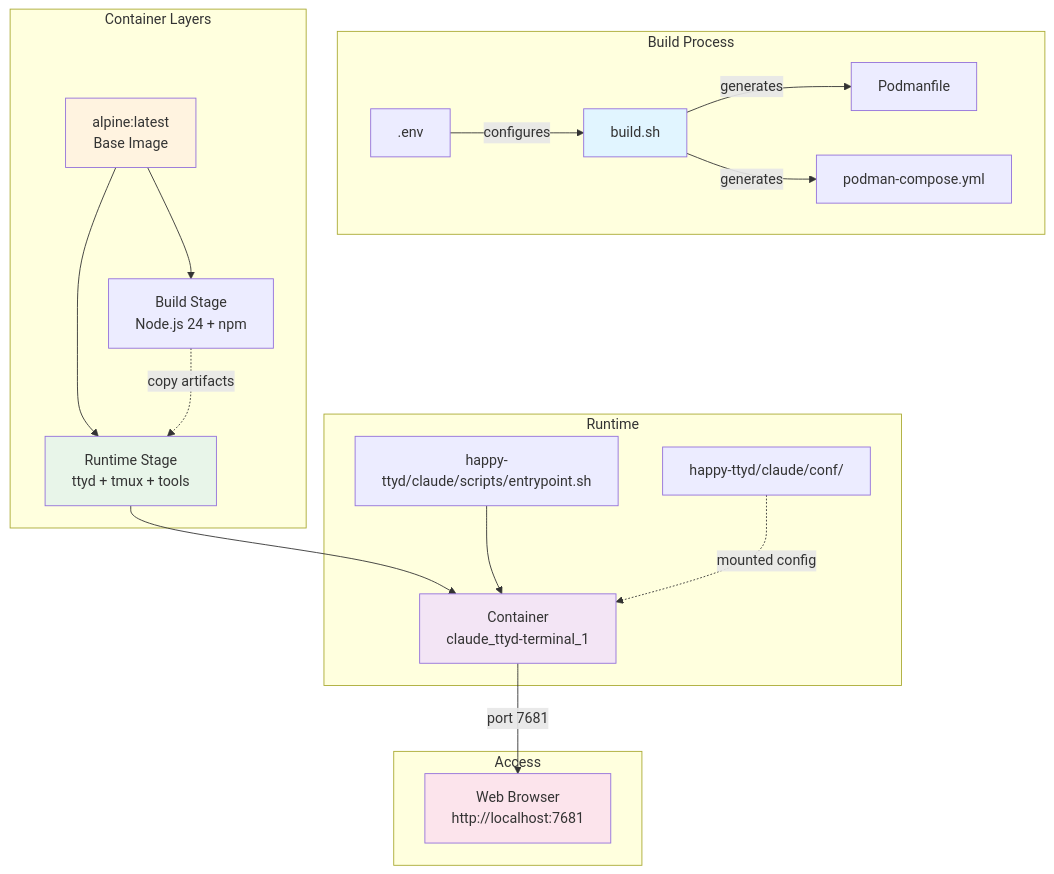
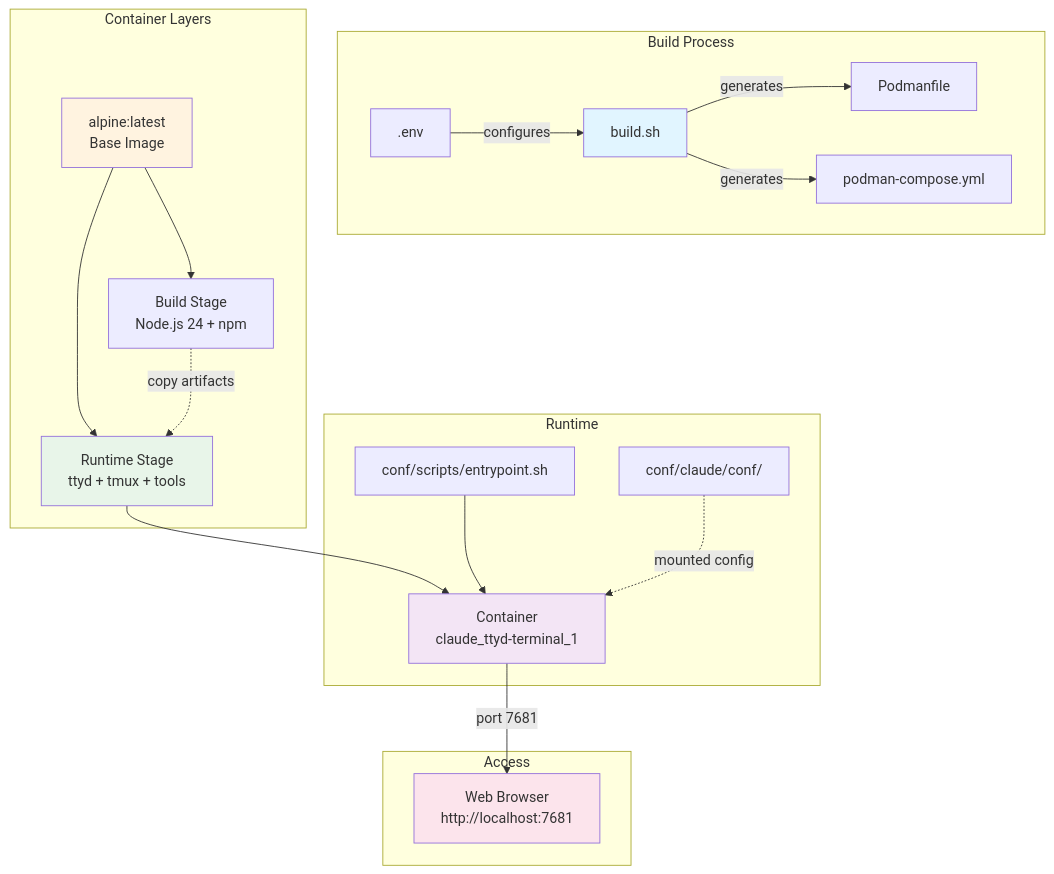
One commit to kwli3229/happy-ttyd changed the diagram in README.md. Above: the diagram before and after it, drawn with Mermaid. The commit also changed other lines of this file and 13 other files, not shown here.

````diff
--- a/README.md
+++ b/README.md
@@ -27,30 +27,30 @@
 ```mermaid
 graph TB
     subgraph "Build Process"
         A[build.sh] -->|generates| B[Podmanfile]
         A -->|generates| C[podman-compose.yml]
         D[.env] -->|configures| A
     end
 
     subgraph "Container Layers"
         E[alpine:latest<br/>Base Image] --> F[Build Stage<br/>Node.js 24 + npm]
         E --> G[Runtime Stage<br/>ttyd + tmux + tools]
         F -.copy artifacts.-> G
     end
 
     subgraph "Runtime"
         G --> H[Container<br/>claude_ttyd-terminal_1]
-        I[happy-ttyd/claude/scripts/entrypoint.sh] --> H
-        J[happy-ttyd/claude/conf/] -.mounted config.-> H
+        I[conf/scripts/entrypoint.sh] --> H
+        J[conf/claude/conf/] -.mounted config.-> H
     end
 
     subgraph "Access"
         H -->|port 7681| K[Web Browser<br/>http://localhost:7681]
     end
 
     style A fill:#e1f5ff
     style E fill:#fff3e0
     style G fill:#e8f5e9
     style H fill:#f3e5f5
     style K fill:#fce4ec
 ```
````
